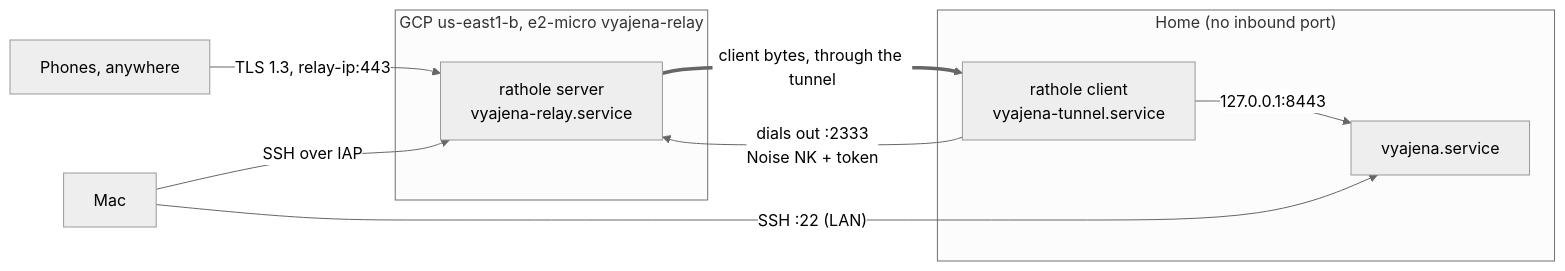
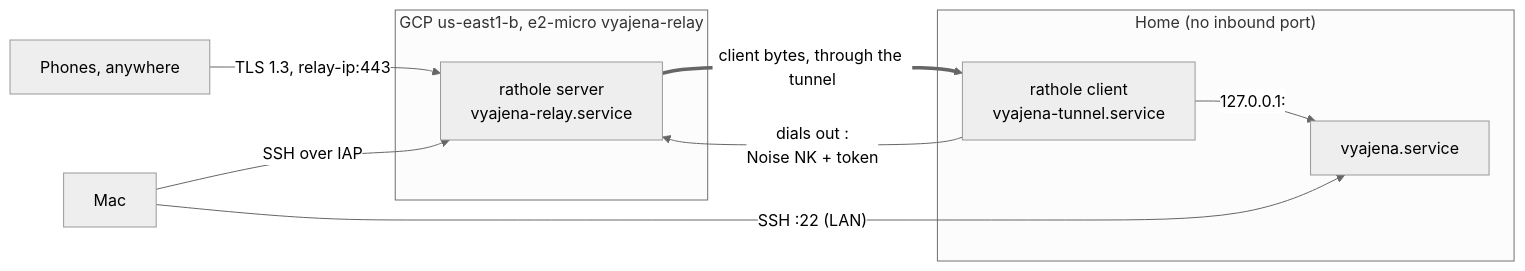
The first of 3 diagrams in openspec/changes/archive/2026-11-16-relay/design.md (koppathachan/vyajena), drawn with Mermaid (neutral theme) before and after one commit. The commit also changed other lines of this file and 437 other files, not shown here.

````diff
--- a/openspec/changes/archive/2026-11-16-relay/design.md
+++ b/openspec/changes/archive/2026-11-16-relay/design.md
@@ -35,14 +35,14 @@
 ```mermaid
 flowchart LR
   dev["Phones, anywhere"] -->|"TLS 1.3, relay-ip:443"| relay
   subgraph gcp["GCP us-east1-b, e2-micro vyajena-relay"]
     relay["rathole server<br/>vyajena-relay.service"]
   end
   subgraph home["Home (no inbound port)"]
-    tunnel["rathole client<br/>vyajena-tunnel.service"] -->|"127.0.0.1:8443"| pi["vyajena.service"]
+    tunnel["rathole client<br/>vyajena-tunnel.service"] -->|"127.0.0.1:<server-port>"| server["vyajena.service"]
   end
-  tunnel -->|"dials out :2333<br/>Noise NK + token"| relay
+  tunnel -->|"dials out :<tunnel-port><br/>Noise NK + token"| relay
   relay ==>|"client bytes, through the tunnel"| tunnel
-  mac["Mac"] -->|"SSH :22 (LAN)"| pi
+  mac["Mac"] -->|"SSH :22 (LAN)"| server
   mac -->|"SSH over IAP"| relay
 ```
````
